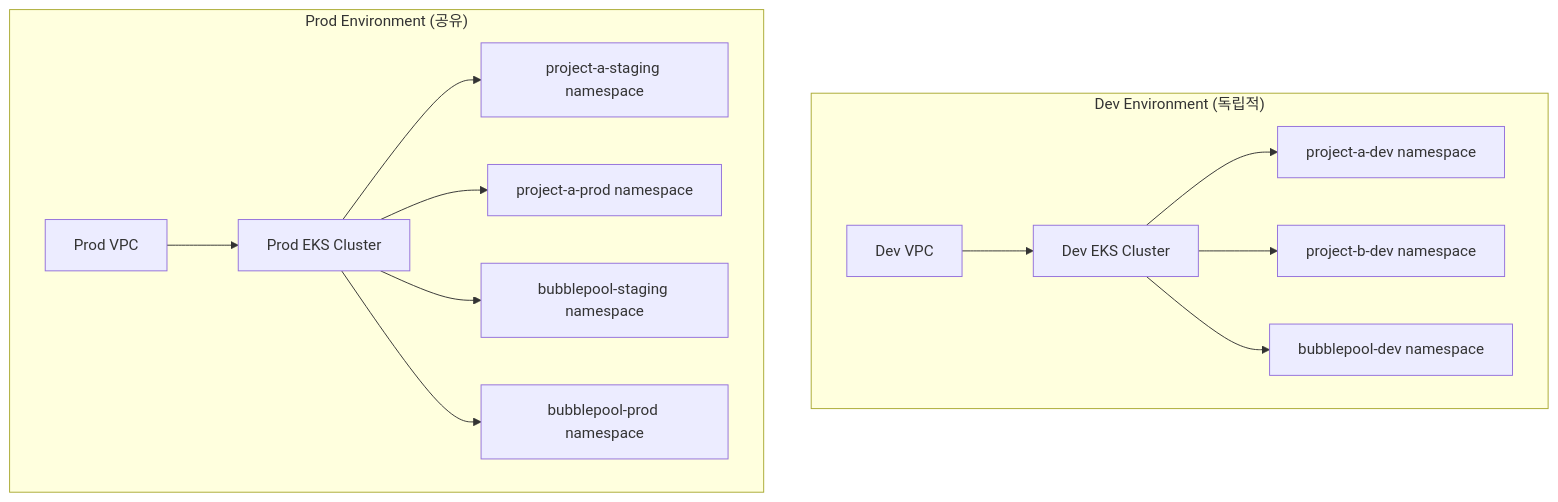
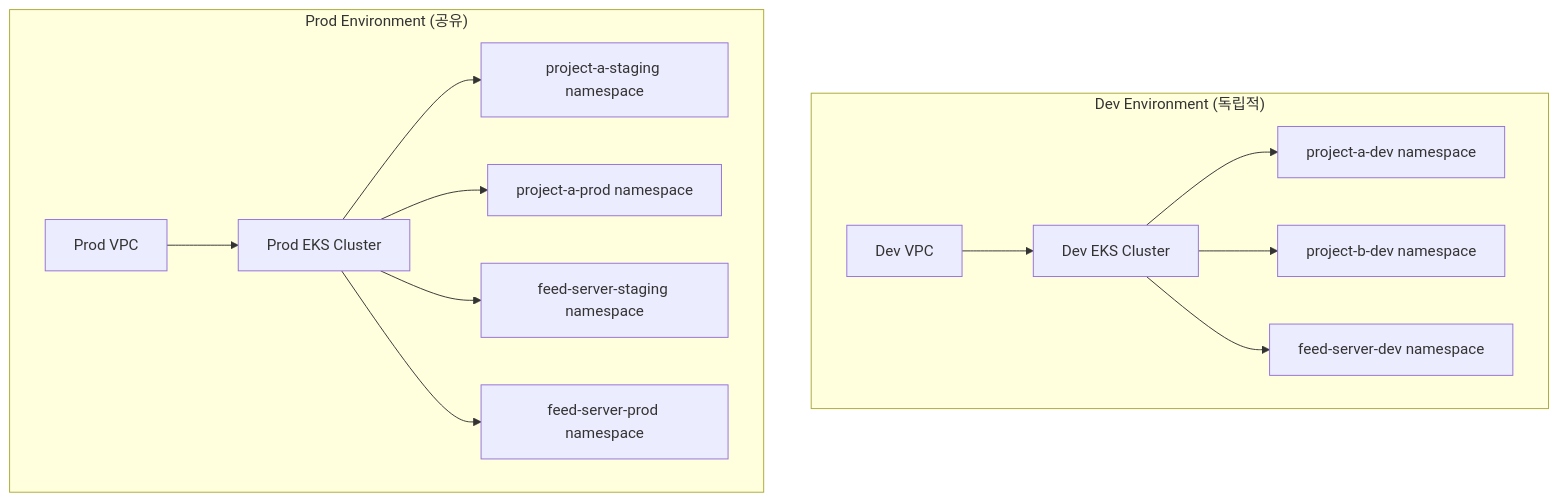
Before and after one commit to chulgil/terraform: the third of 4 diagrams in README.md, drawn with Mermaid. The commit also changed other lines of this file and 20 other files, not shown here.

First line of the commit message:
refactor(service): rename bubblepool to feed-server

````diff
--- a/README.md
+++ b/README.md
@@ -259,28 +259,28 @@
 ```mermaid
 graph TB
     subgraph "Dev Environment (독립적)"
         A[Dev VPC]
         A1[Dev EKS Cluster]
         A2[project-a-dev namespace]
         A3[project-b-dev namespace]
-        A4[bubblepool-dev namespace]
+        A4[feed-server-dev namespace]
         A --> A1
         A1 --> A2
         A1 --> A3
         A1 --> A4
     end
     
     subgraph "Prod Environment (공유)"
         B[Prod VPC]
         B1[Prod EKS Cluster]
         B2[project-a-staging namespace]
         B3[project-a-prod namespace]
-        B4[bubblepool-staging namespace]
-        B5[bubblepool-prod namespace]
+        B4[feed-server-staging namespace]
+B5[feed-server-prod namespace]
         B --> B1
         B1 --> B2
         B1 --> B3
         B1 --> B4
         B1 --> B5
     end
 ```
````
